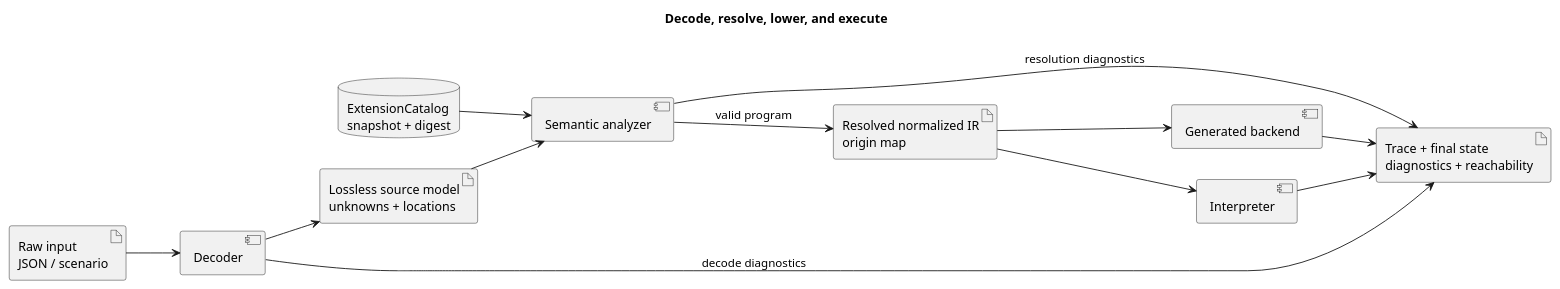
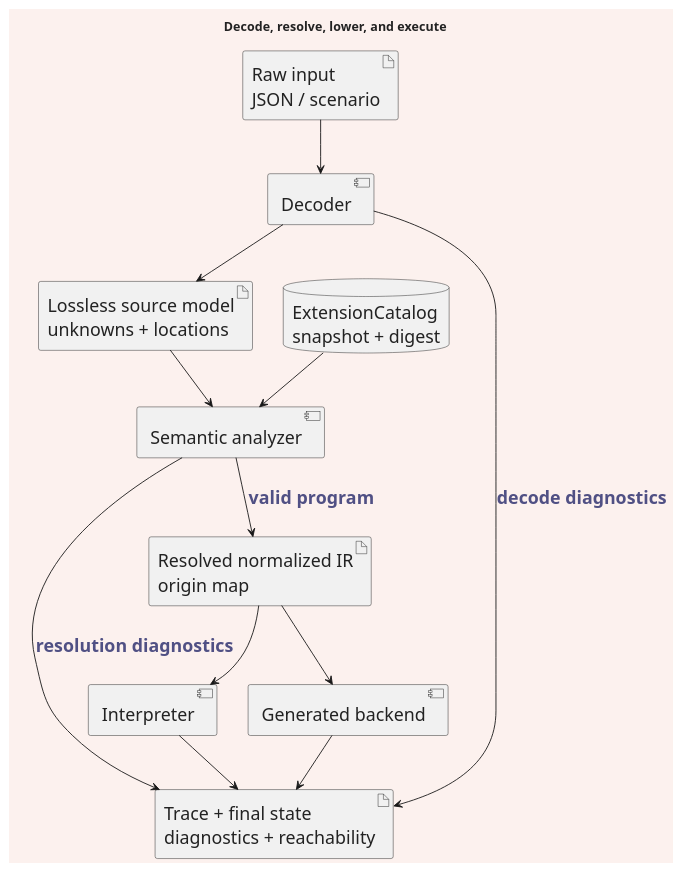
The fourth of 11 diagrams in docs/kotlin-port/DIAGRAMS.md (4ian/GDevelop), drawn with PlantUML before and after one commit. The commit also changed other lines of this file and 2 other files, not shown here.

Commit message:
gradle conf and DIAGRAMS.md plantuml fixes

````diff
--- a/docs/kotlin-port/DIAGRAMS.md
+++ b/docs/kotlin-port/DIAGRAMS.md
@@ -190,26 +237,38 @@
 ```plantuml
 @startuml
 title Decode, resolve, lower, and execute
-left to right direction
+
+top to bottom direction
+
+skinparam BackgroundColor #FCF1EEFF
+skinparam DefaultFontColor #222222FF
+skinparam DefaultFontSize 20
+skinparam ArrowFontColor #505084FF
+skinparam ArrowFontStyle bold
+skinparam NoteFontSize 16
+skinparam DefaultFontName jetbrains-mono
+
 artifact "Raw input\nJSON / scenario" as raw
 component Decoder as decoder
 artifact "Lossless source model\nunknowns + locations" as source
 component "Semantic analyzer" as analyzer
 database "ExtensionCatalog\nsnapshot + digest" as catalog
 artifact "Resolved normalized IR\norigin map" as nir
 component Interpreter as interpreter
 component "Generated backend" as generated
 artifact "Trace + final state\ndiagnostics + reachability" as output
+
 raw --> decoder
 decoder --> source
 decoder --> output : decode diagnostics
 source --> analyzer
-catalog --> analyzer
+catalog --> analyzer 
 analyzer --> output : resolution diagnostics
 analyzer --> nir : valid program
 nir --> interpreter
 nir --> generated
 interpreter --> output
 generated --> output
+
 @enduml
 ```
````
